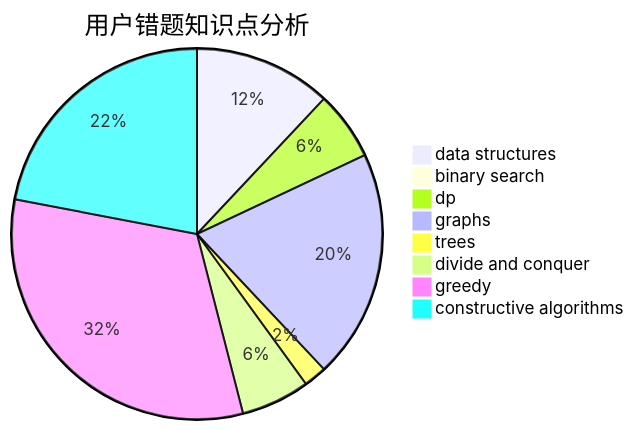
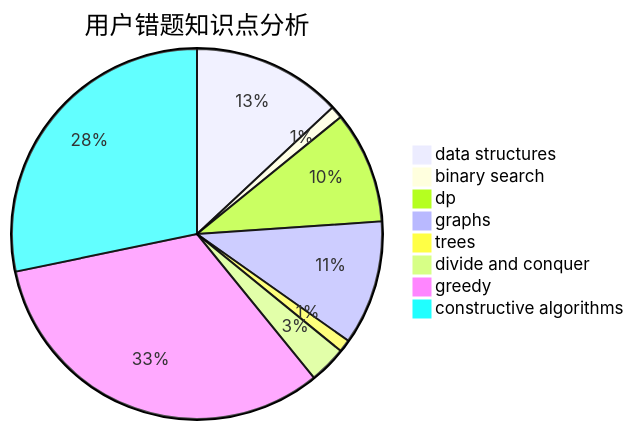
Before and after one commit to sherpahu/cfrs.github.io: the third of 3 diagrams in docs/user/u1586.md, drawn with Mermaid. The commit also changed other lines of this file and 2770 other files, not shown here.

````diff
--- a/docs/user/u1586.md
+++ b/docs/user/u1586.md
@@ -36,11 +36,11 @@
 ```mermaid
 pie title 用户错题知识点分析
-    "data structures" :  6
-    "binary search" :  0
-    "dp" :  3
+    "data structures" :  12
+    "binary search" :  1
+    "dp" :  9
     "graphs" :  10
     "trees" :  1
     "divide and conquer" :  3
-    "greedy" :  16
-    "constructive algorithms" :  11
+    "greedy" :  30
+    "constructive algorithms" :  26
 ```
````
